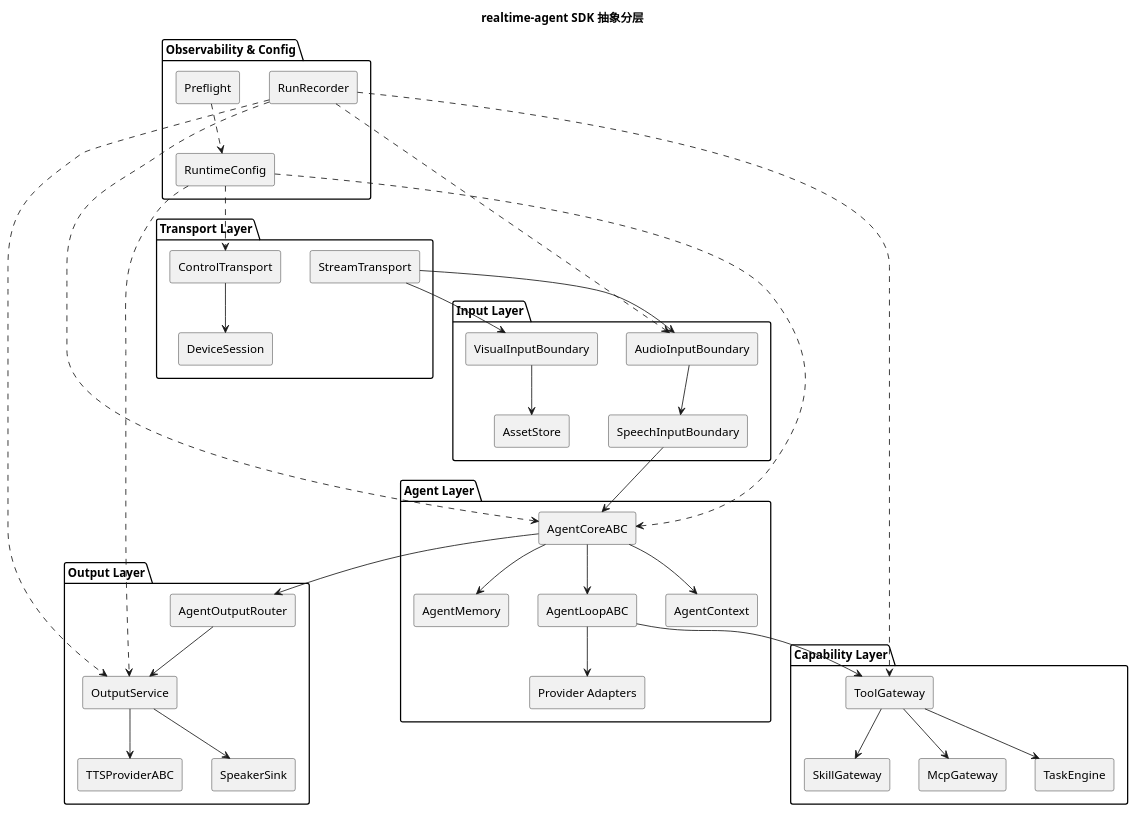
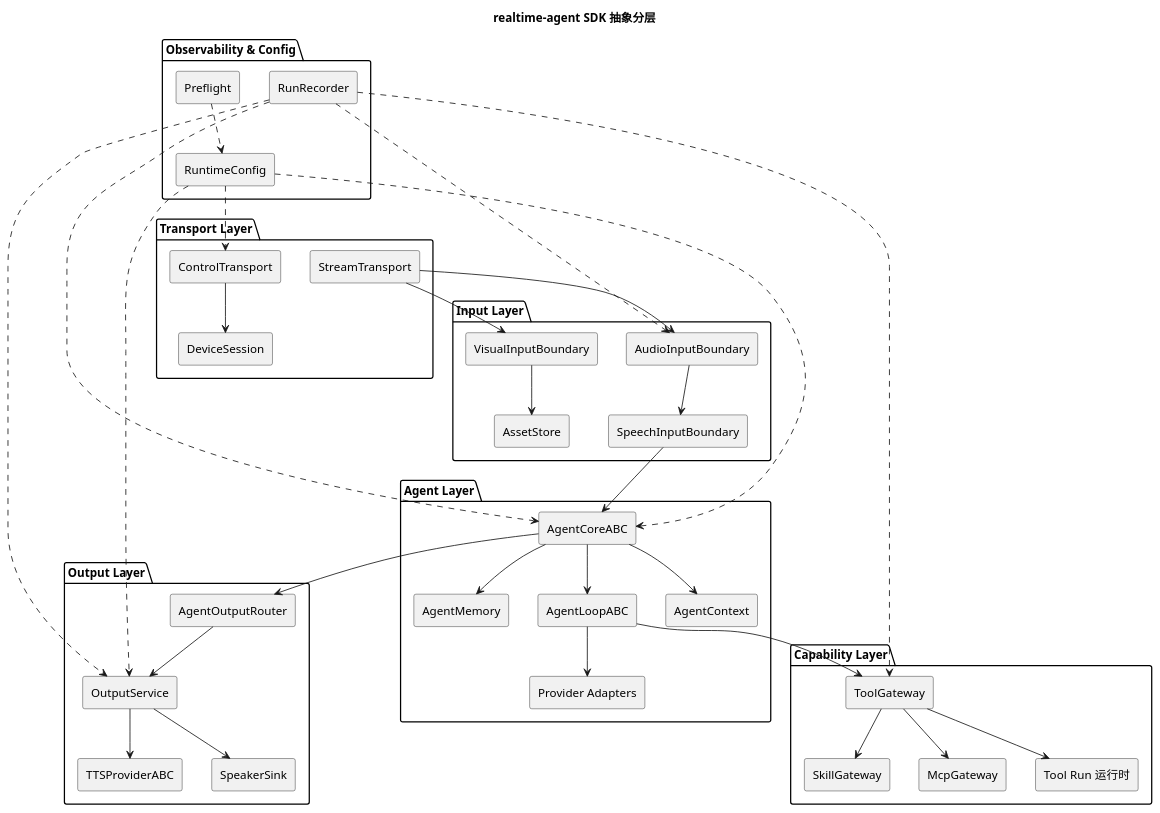
Before and after one commit to HengeLiu/RealtimeAgent: the diagram in agent-server/docs/internal/realtime-agent抽象架构设计.md, drawn with PlantUML. The commit also changed other lines of this file and 56 other files, not shown here.

````diff
--- a/agent-server/docs/internal/realtime-agent抽象架构设计.md
+++ b/agent-server/docs/internal/realtime-agent抽象架构设计.md
@@ -29,77 +29,77 @@
 ```plantuml
 @startuml
 title realtime-agent SDK 抽象分层
 
 skinparam componentStyle rectangle
 
 package "Transport Layer" {
   [ControlTransport]
   [StreamTransport]
   [DeviceSession]
 }
 
 package "Input Layer" {
   [AudioInputBoundary]
   [SpeechInputBoundary]
   [VisualInputBoundary]
   [AssetStore]
 }
 
 package "Agent Layer" {
   [AgentCoreABC]
   [AgentLoopABC]
   [AgentContext]
   [AgentMemory]
   [Provider Adapters]
 }
 
 package "Capability Layer" {
   [ToolGateway]
-  [TaskEngine]
+  [Tool Run 运行时]
   [SkillGateway]
   [McpGateway]
 }
 
 package "Output Layer" {
   [AgentOutputRouter]
   [OutputService]
   [TTSProviderABC]
   [SpeakerSink]
 }
 
 package "Observability & Config" {
   [RuntimeConfig]
   [RunRecorder]
   [Preflight]
 }
 
 [ControlTransport] --> [DeviceSession]
 [StreamTransport] --> [AudioInputBoundary]
 [StreamTransport] --> [VisualInputBoundary]
 [AudioInputBoundary] --> [SpeechInputBoundary]
 [SpeechInputBoundary] --> [AgentCoreABC]
 [VisualInputBoundary] --> [AssetStore]
 [AgentCoreABC] --> [AgentLoopABC]
 [AgentCoreABC] --> [AgentContext]
 [AgentCoreABC] --> [AgentMemory]
 [AgentLoopABC] --> [Provider Adapters]
 [AgentLoopABC] --> [ToolGateway]
-[ToolGateway] --> [TaskEngine]
+[ToolGateway] --> [Tool Run 运行时]
 [ToolGateway] --> [SkillGateway]
 [ToolGateway] --> [McpGateway]
 [AgentCoreABC] --> [AgentOutputRouter]
 [AgentOutputRouter] --> [OutputService]
 [OutputService] --> [TTSProviderABC]
 [OutputService] --> [SpeakerSink]
 
 [RuntimeConfig] ..> [ControlTransport]
 [RuntimeConfig] ..> [AgentCoreABC]
 [RuntimeConfig] ..> [OutputService]
 [RunRecorder] ..> [AudioInputBoundary]
 [RunRecorder] ..> [AgentCoreABC]
 [RunRecorder] ..> [ToolGateway]
 [RunRecorder] ..> [OutputService]
 [Preflight] ..> [RuntimeConfig]
 
 @enduml
 ```
````
